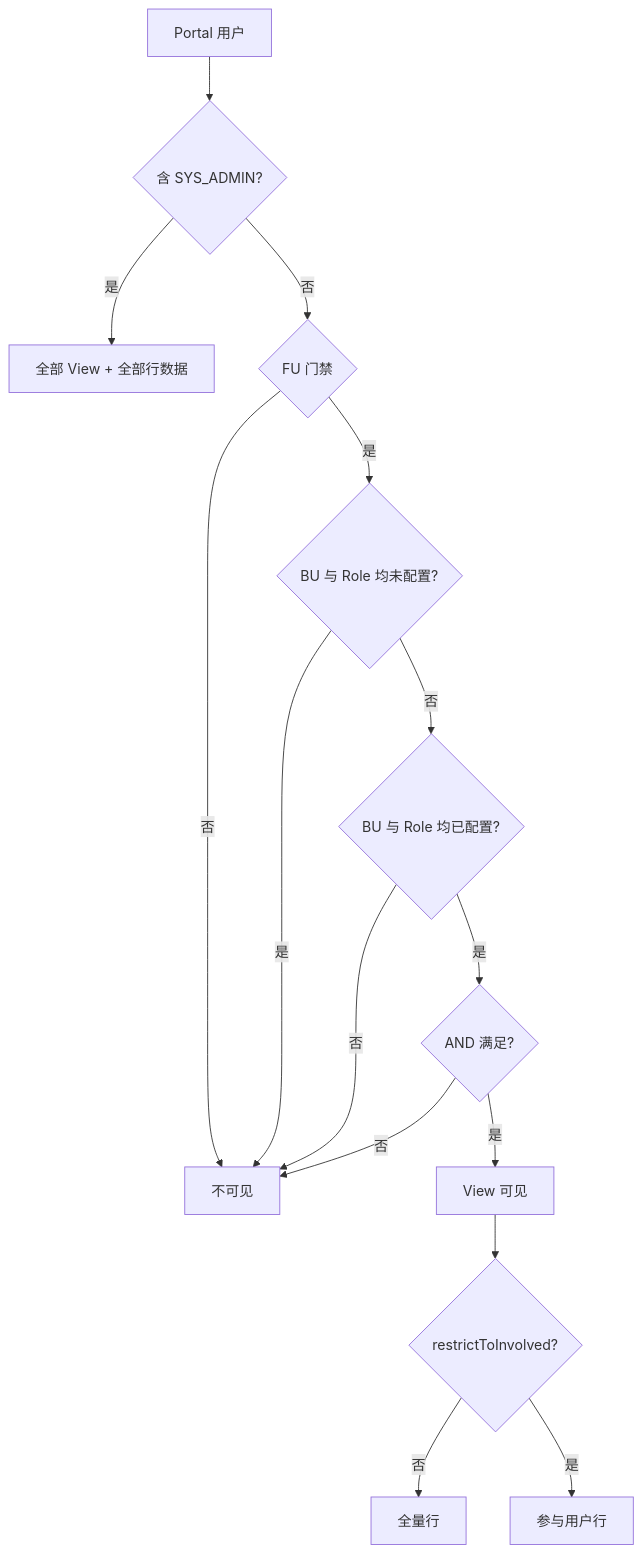
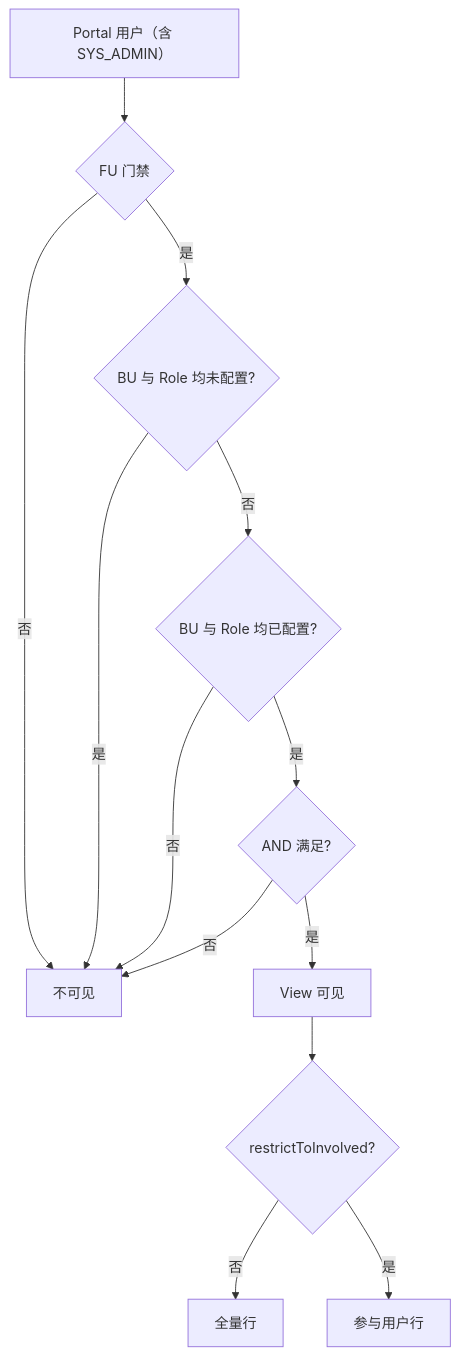
The diagram in .cursor/skills/view-access-control/SKILL.md (bigballgis/Workflow-Station---sun), drawn with Mermaid before and after one commit. The commit also changed other lines of this file and 1130 other files, not shown here.

````diff
--- a/.cursor/skills/view-access-control/SKILL.md
+++ b/.cursor/skills/view-access-control/SKILL.md
@@ -67,17 +78,15 @@
 ```mermaid
 flowchart TD
-  user[Portal 用户] --> sysAdmin{含 SYS_ADMIN?}
-  sysAdmin -->|是| allViews[全部 View + 全部行数据]
-  sysAdmin -->|否| fuGate{FU 门禁}
+  user[Portal 用户（含 SYS_ADMIN）] --> fuGate{FU 门禁}
   fuGate -->|否| deny[不可见]
   fuGate -->|是| rules{BU 与 Role 均未配置?}
   rules -->|是| deny
   rules -->|否| paired{BU 与 Role 均已配置?}
   paired -->|否| deny
   paired -->|是| andCheck{AND 满足?}
   andCheck -->|否| deny
   andCheck -->|是| viewList[View 可见]
   viewList --> dataFlag{restrictToInvolved?}
   dataFlag -->|否| allRows[全量行]
   dataFlag -->|是| involved[参与用户行]
 ```
````
